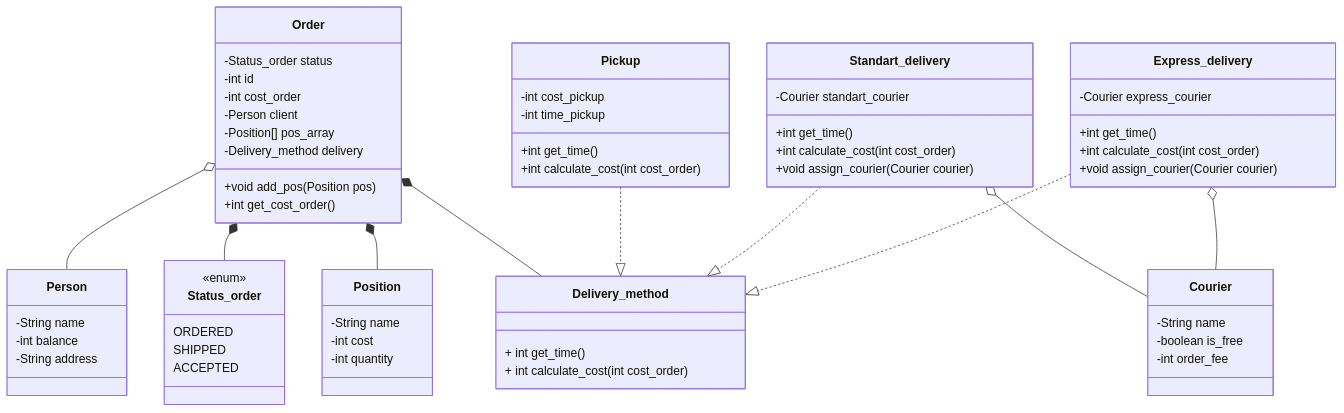
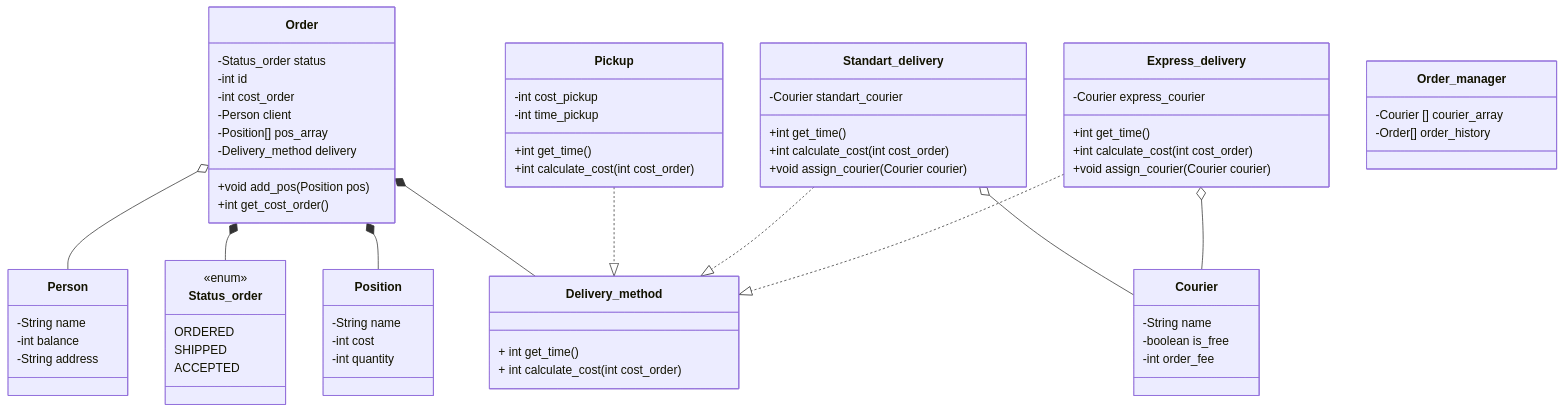
Before and after one commit to kirillkushaev2007-boop/Labaratory1: the diagram in README.md, drawn with Mermaid.

Commit message:
Update README.md
start work on Order_manager

```diff
--- a/README.md
+++ b/README.md
@@ -60,7 +60,7 @@
       +int calculate_cost (int cost_order)
       +void assign_courier(Courier courier)
    }
-    %% Экспресс доставка (Express_delivery)
+   %% Экспресс доставка (Express_delivery)
    class Express_delivery {
       -Courier express_courier
          %% Изначально может быть null
@@ -68,6 +68,13 @@
       +int calculate_cost (int cost_order)
       +void assign_courier(Courier courier)
    }
+   %% Менеджер заказов (Order_manager)
+   class Order_manager {
+      -Courier [] courier_array
+      -Order[] order_history
+         %% Хранилище всех заказов системы
+   }
+   
 
    Order *-- Position
    Order *-- Delivery_method
```
